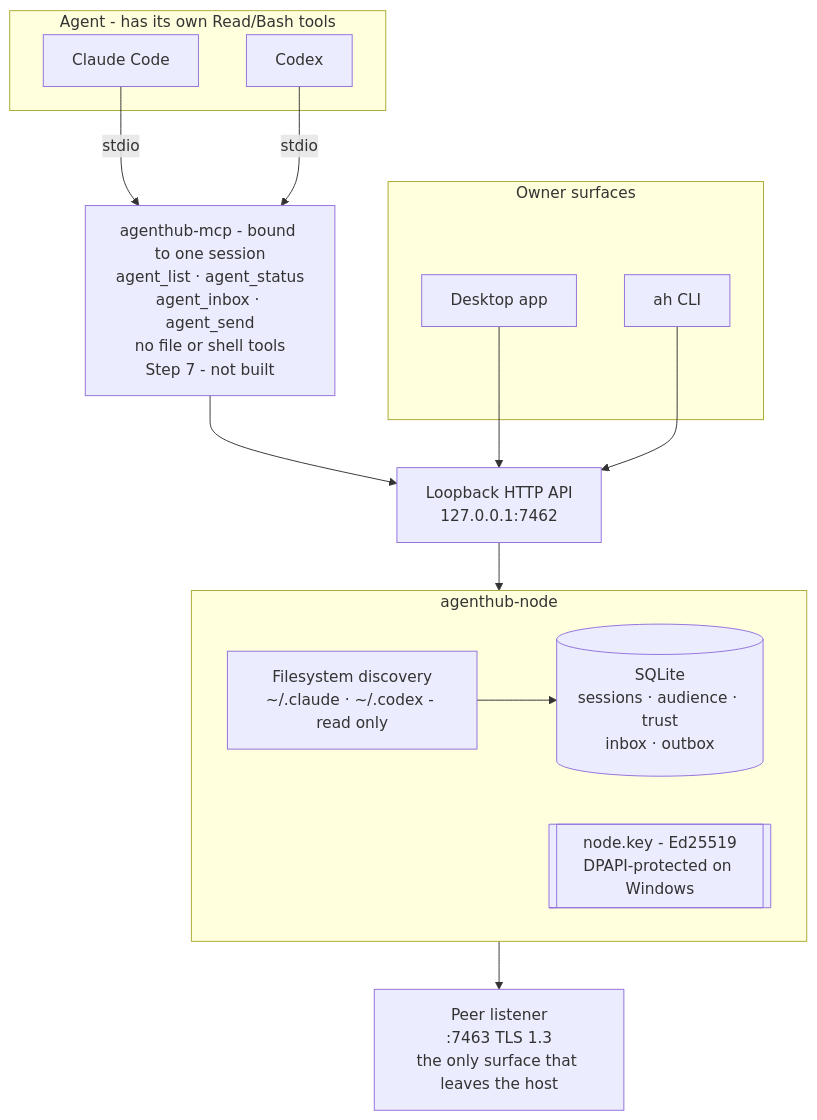
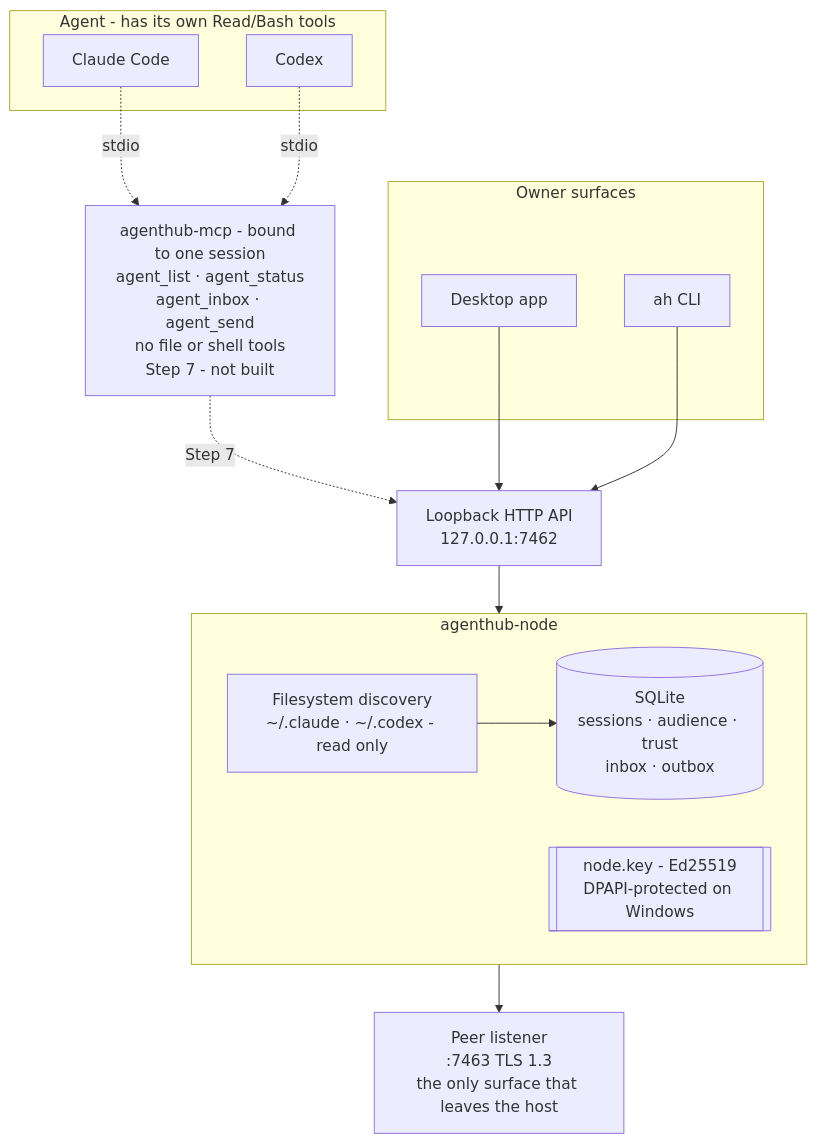
One commit to SheldonChangL/agenthub changed the first of 2 diagrams in docs/architecture.md. Above: the diagram before and after it, drawn with Mermaid. The commit also changed other lines of this file and 5 other files, not shown here.

````diff
--- a/docs/architecture.md
+++ b/docs/architecture.md
@@ -11,33 +11,33 @@
 ```mermaid
 flowchart TB
     subgraph Agent["Agent - has its own Read/Bash tools"]
         Claude[Claude Code]
         Codex[Codex]
     end
 
     subgraph Client["Owner surfaces"]
         Desktop[Desktop app]
         CLI[ah CLI]
     end
 
     MCP["agenthub-mcp - bound to one session<br/>agent_list · agent_status<br/>agent_inbox · agent_send<br/>no file or shell tools<br/>Step 7 - not built"]
 
     API["Loopback HTTP API<br/>127.0.0.1:7462"]
 
     subgraph Node["agenthub-node"]
         Registry[("SQLite<br/>sessions · audience · trust<br/>inbox · outbox")]
         Key[["node.key - Ed25519<br/>DPAPI-protected on Windows"]]
         Scan["Filesystem discovery<br/>~/.claude · ~/.codex - read only"]
     end
 
     Peer["Peer listener<br/>:7463 TLS 1.3<br/>the only surface that leaves the host"]
 
-    Claude -- stdio --> MCP
-    Codex -- stdio --> MCP
-    MCP --> API
+    Claude -. stdio .-> MCP
+    Codex -. stdio .-> MCP
+    MCP -. Step 7 .-> API
     Desktop --> API
     CLI --> API
     API --> Node
     Scan --> Registry
     Node --> Peer
 ```
````
